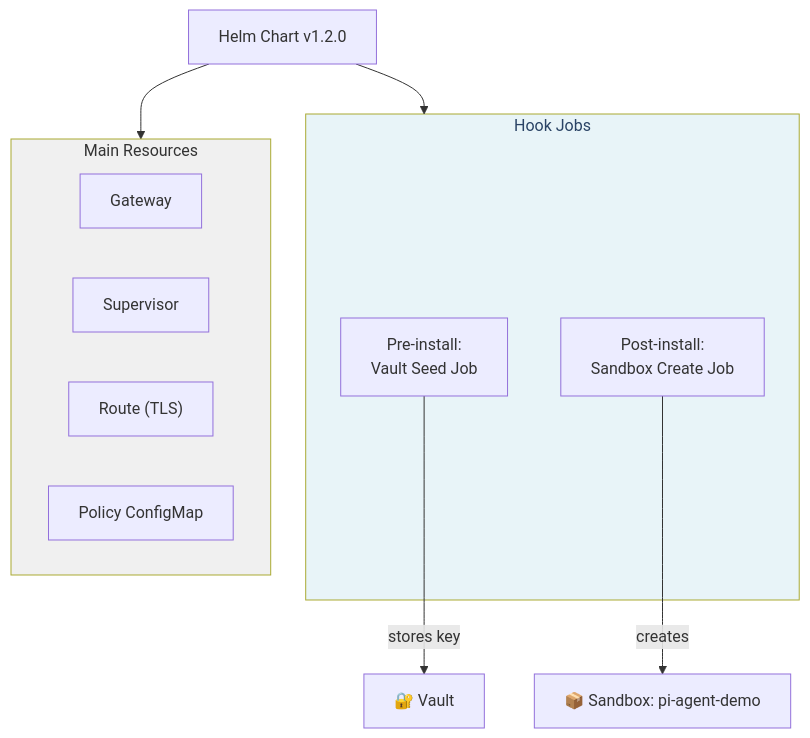
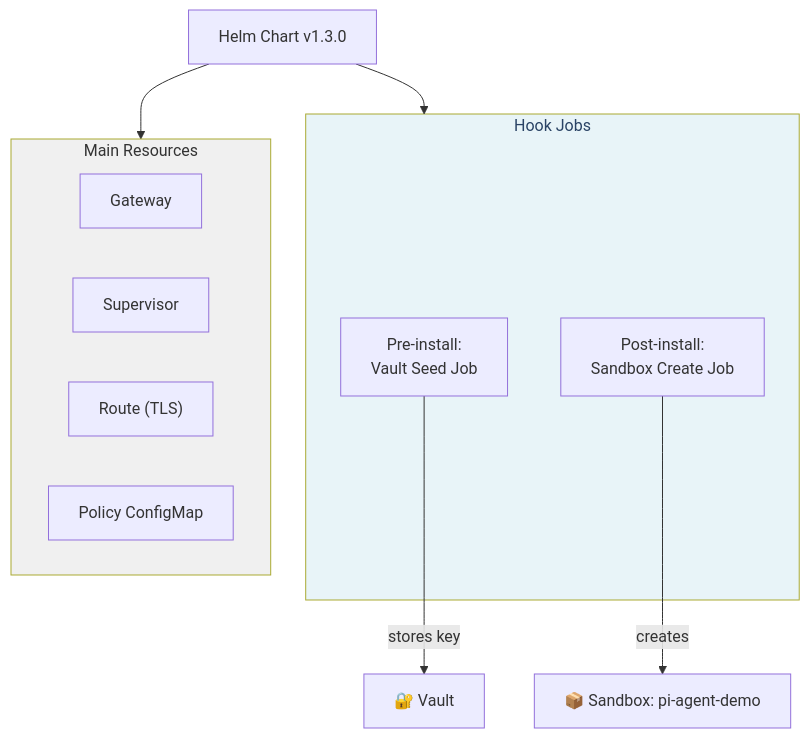
One commit to avijra/openshell-ztm-lab changed the second of 2 diagrams in docs/3-deploy-from-catalog/README.md. Above: the diagram before and after it, drawn with Mermaid. The commit also changed 1 other file, not shown here.

Commit message:
fix: oc login port 6443→443, chart version 1.2.0→1.3.0

````diff
--- a/docs/3-deploy-from-catalog/README.md
+++ b/docs/3-deploy-from-catalog/README.md
@@ -197,24 +197,24 @@
 ```mermaid
 graph TD
-    HC["Helm Chart v1.2.0"]
+    HC["Helm Chart v1.3.0"]
 
     subgraph hooks["Hook Jobs"]
         VJ["Pre-install:<br/>Vault Seed Job"]
         SJ["Post-install:<br/>Sandbox Create Job"]
     end
 
     subgraph main["Main Resources"]
         GW["Gateway"]
         SV["Supervisor"]
         RT["Route (TLS)"]
         CM["Policy ConfigMap"]
     end
 
     HC --> hooks
     HC --> main
     VJ -->|"stores key"| V["🔐 Vault"]
     SJ -->|"creates"| SB["📦 Sandbox: pi-agent-demo"]
 
     style hooks fill:#e8f4f8,color:#2a4365
     style main fill:#f0f0f0,color:#333
 ```
````
